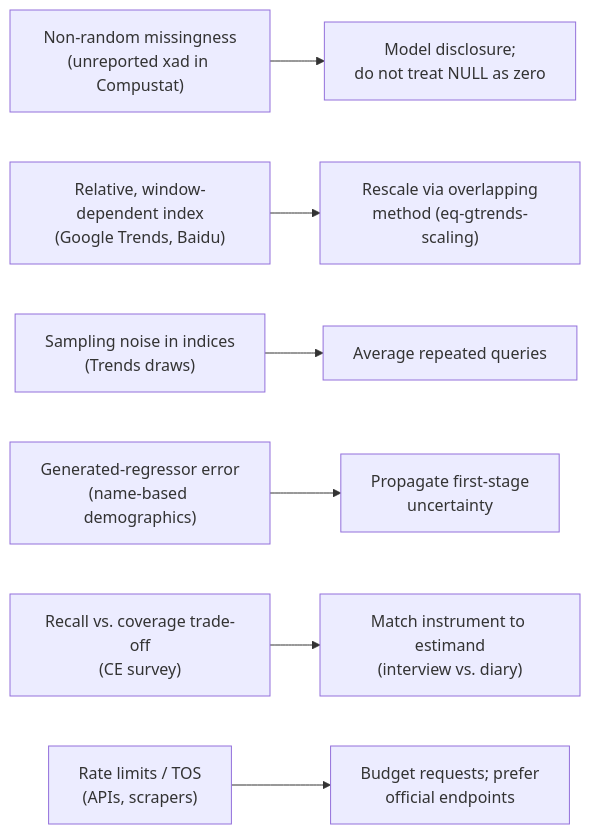
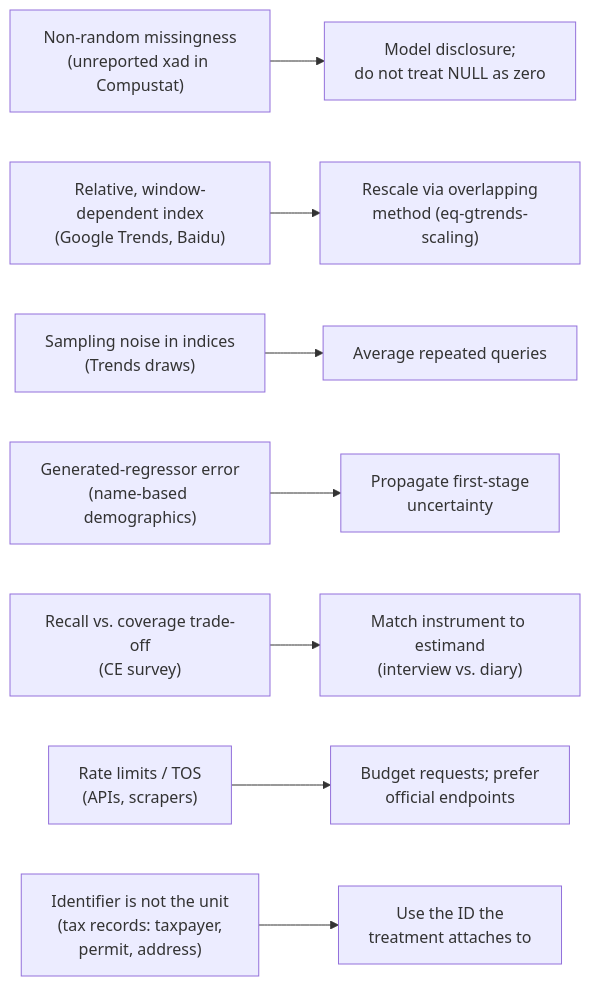
One commit to mikenguyen13/marketing_research changed the second of 2 diagrams in 24-data.qmd. Above: the diagram before and after it, drawn with Mermaid. The commit also changed other lines of this file and 78 other files, not shown here.

````diff
--- a/24-data.qmd
+++ b/24-data.qmd
@@ -683,11 +999,12 @@
 ```{mermaid}
 %%| label: fig-data-pitfalls
 %%| fig-cap: "Recurring threats to validity across the chapter's data sources and their remedies. Each threat is a gap between the estimand and the observable that the source actually delivers."
 flowchart LR
   A["Non-random missingness<br/>(unreported xad in Compustat)"] --> A2["Model disclosure;<br/>do not treat NULL as zero"]
   B["Relative, window-dependent index<br/>(Google Trends, Baidu)"] --> B2["Rescale via overlapping<br/>method (eq-gtrends-scaling)"]
   C["Sampling noise in indices<br/>(Trends draws)"] --> C2["Average repeated queries"]
   D["Generated-regressor error<br/>(name-based demographics)"] --> D2["Propagate first-stage<br/>uncertainty"]
   E["Recall vs. coverage trade-off<br/>(CE survey)"] --> E2["Match instrument to estimand<br/>(interview vs. diary)"]
   F["Rate limits / TOS<br/>(APIs, scrapers)"] --> F2["Budget requests; prefer<br/>official endpoints"]
+  G["Identifier is not the unit<br/>(tax records: taxpayer,<br/>permit, address)"] --> G2["Use the ID the<br/>treatment attaches to"]
 ```
````
